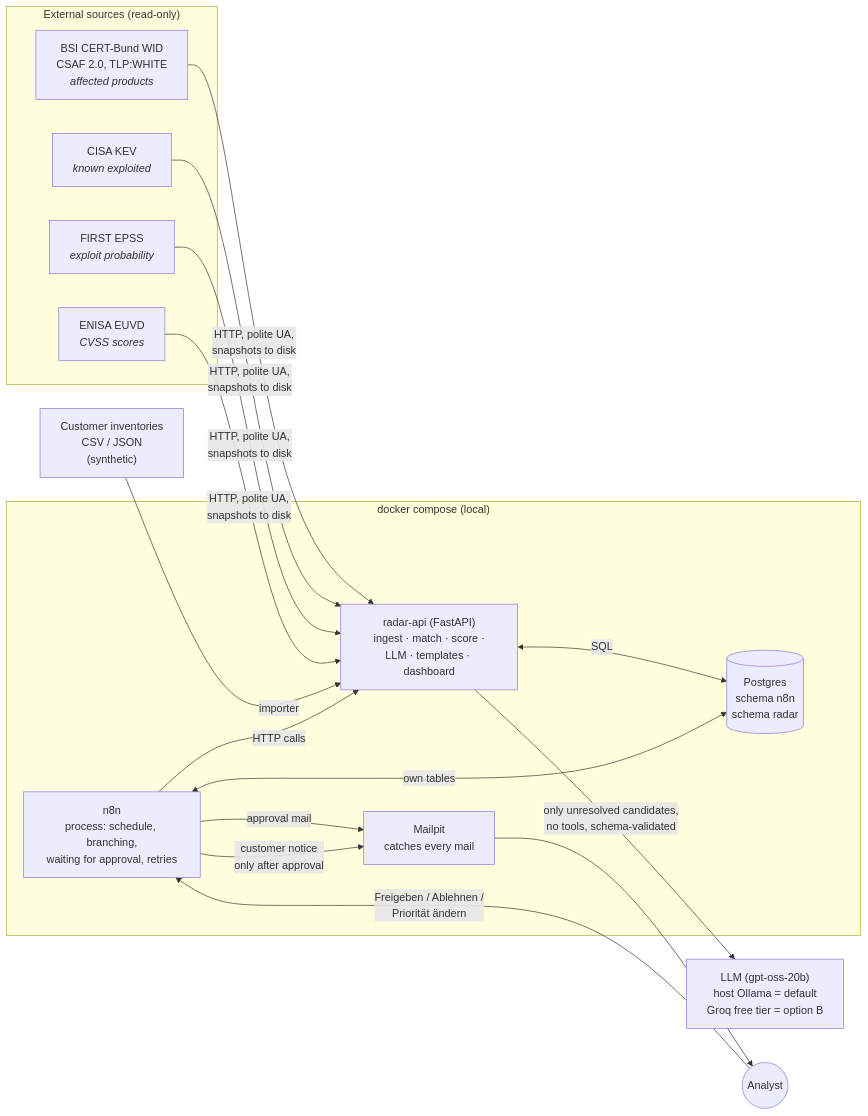
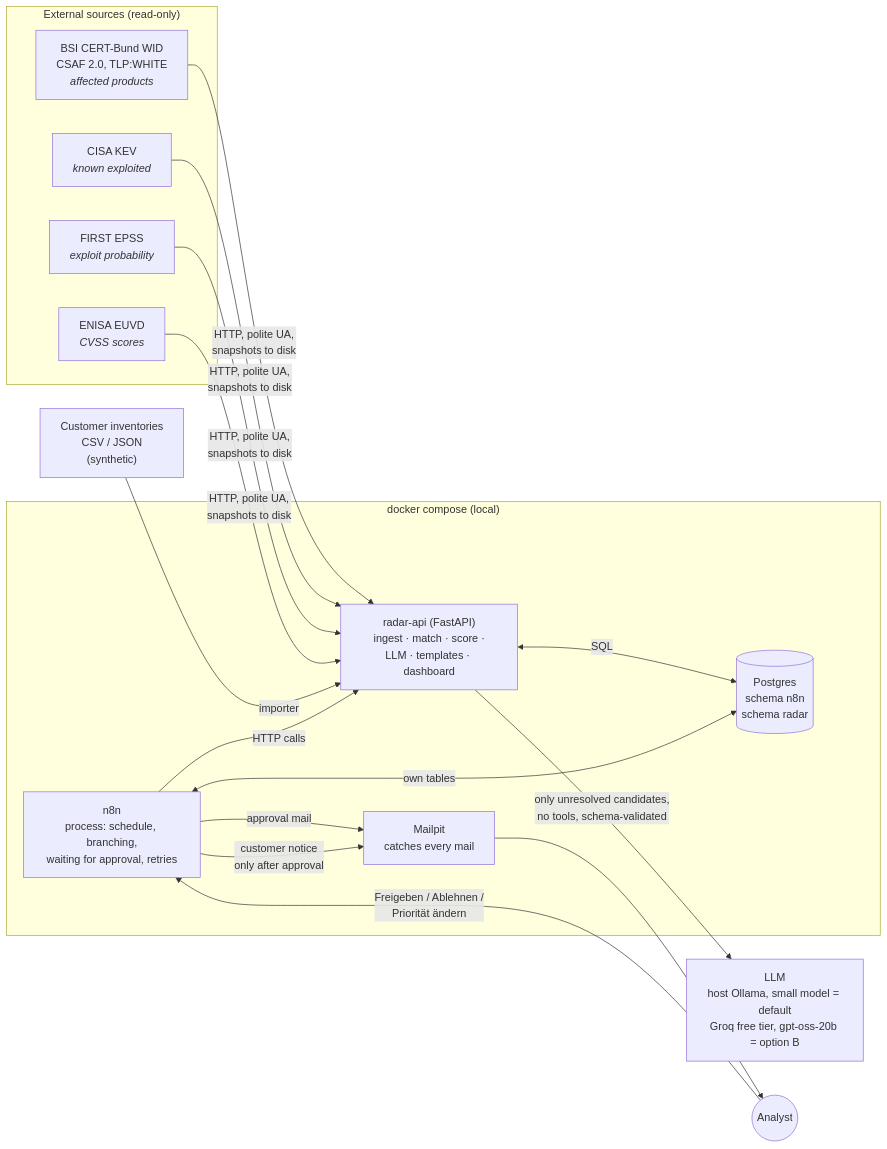
One commit to vitellaro-matteo/ai-fox changed the first of 2 diagrams in docs/ARCHITECTURE.md. Above: the diagram before and after it, drawn with Mermaid. The commit also changed 3 other files, not shown here.

First line of the commit message:
docs: drop gpt-oss:20b locally, record fit test and model test safety rules

````diff
--- a/docs/ARCHITECTURE.md
+++ b/docs/ARCHITECTURE.md
@@ -8,31 +8,31 @@
 ```mermaid
 flowchart LR
     subgraph ext["External sources (read-only)"]
         WID["BSI CERT-Bund WID<br/>CSAF 2.0, TLP:WHITE<br/><i>affected products</i>"]
         KEV["CISA KEV<br/><i>known exploited</i>"]
         EPSS["FIRST EPSS<br/><i>exploit probability</i>"]
         EUVD["ENISA EUVD<br/><i>CVSS scores</i>"]
     end
 
     subgraph stack["docker compose (local)"]
         N8N["n8n<br/>process: schedule, branching,<br/>waiting for approval, retries"]
         API["radar-api (FastAPI)<br/>ingest · match · score ·<br/>LLM · templates · dashboard"]
         PG[("Postgres<br/>schema n8n<br/>schema radar")]
         MAIL["Mailpit<br/>catches every mail"]
     end
 
-    LLM["LLM (gpt-oss-20b)<br/>host Ollama = default<br/>Groq free tier = option B"]
+    LLM["LLM<br/>host Ollama, small model = default<br/>Groq free tier, gpt-oss-20b = option B"]
     INV["Customer inventories<br/>CSV / JSON<br/>(synthetic)"]
     ANALYST(("Analyst"))
 
     WID & KEV & EPSS & EUVD -->|HTTP, polite UA,<br/>snapshots to disk| API
     INV -->|importer| API
     N8N -->|HTTP calls| API
     API <-->|SQL| PG
     N8N <-->|own tables| PG
     API -->|only unresolved candidates,<br/>no tools, schema-validated| LLM
     N8N -->|approval mail| MAIL
     MAIL --> ANALYST
     ANALYST -->|Freigeben / Ablehnen /<br/>Priorität ändern| N8N
     N8N -->|customer notice<br/>only after approval| MAIL
 ```
````
